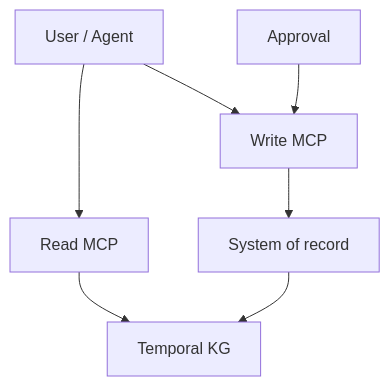
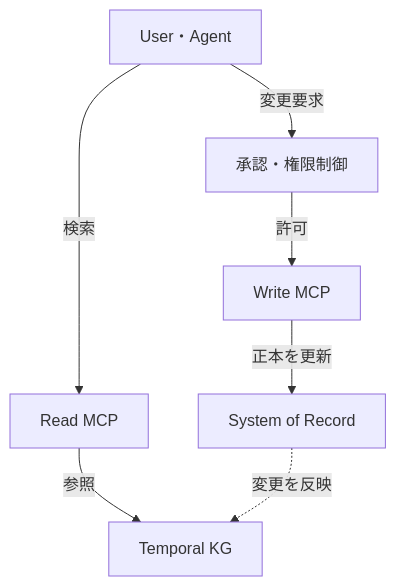
One commit to daylight55/research changed the fourth of 5 diagrams in articles/report/graphiti-mcp-memory/ja/index.mdx. Above: the diagram before and after it, drawn with Mermaid. The commit also changed other lines of this file and 181 other files, not shown here.

First line of the commit message:
全記事の図解368点を再生成し、共通注意書きを削除 (#402)

````diff
--- a/articles/report/graphiti-mcp-memory/ja/index.mdx
+++ b/articles/report/graphiti-mcp-memory/ja/index.mdx
@@ -179,9 +197,17 @@
 ```mermaid
 flowchart TD
-  U["User / Agent"] --> R["Read MCP"]
-  U --> W["Write MCP"]
-  R --> KG["Temporal KG"]
-  W --> SYS["System of record"]
-  SYS --> KG
-  AP["Approval"] --> W
+  accTitle: 参照用Memoryと正本への変更を分離する
+  accDescr: Read MCPはグラフを参照し、Write MCPは承認後に正本を更新する。正本の変更をグラフへ反映する。
+  N0["User・Agent"]
+  N1["Read MCP"]
+  N2["Temporal KG"]
+  N3["承認・権限制御"]
+  N4["Write MCP"]
+  N5["System of Record"]
+  N0 -->|検索| N1
+  N1 -->|参照| N2
+  N0 -->|変更要求| N3
+  N3 -->|許可| N4
+  N4 -->|正本を更新| N5
+  N5 -.->|変更を反映| N2
 ```
````
